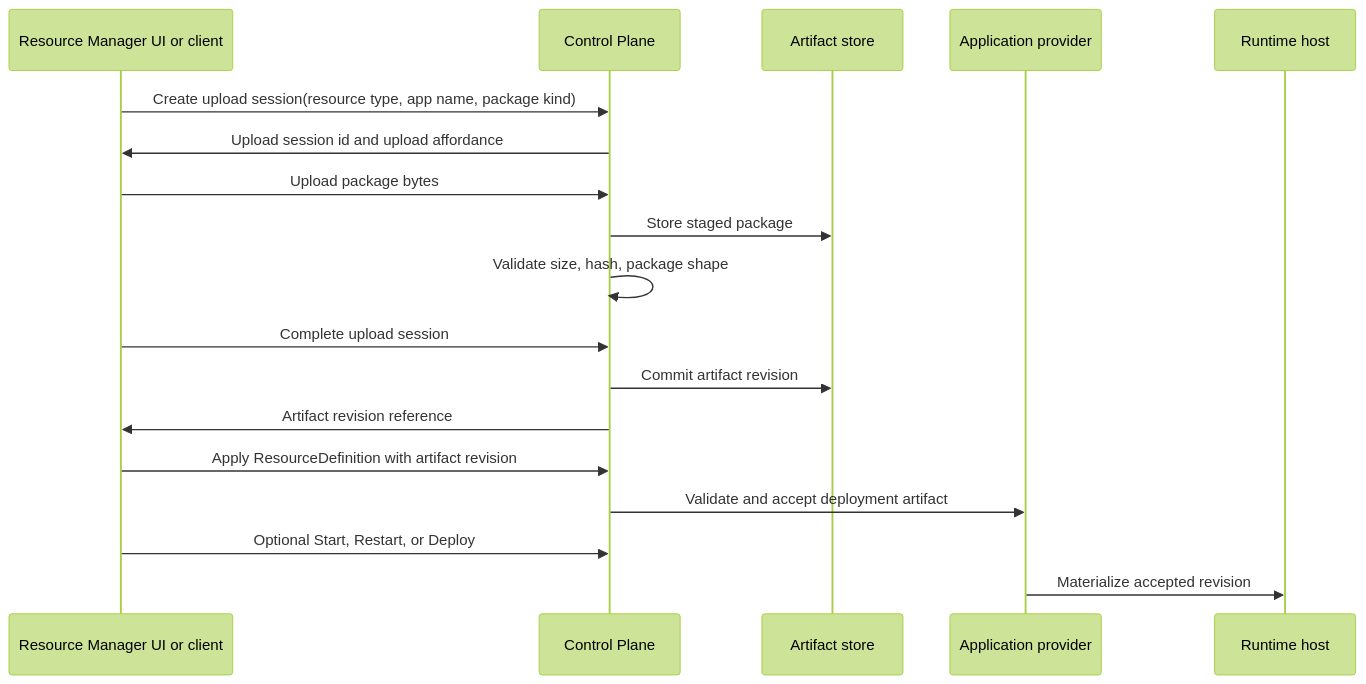
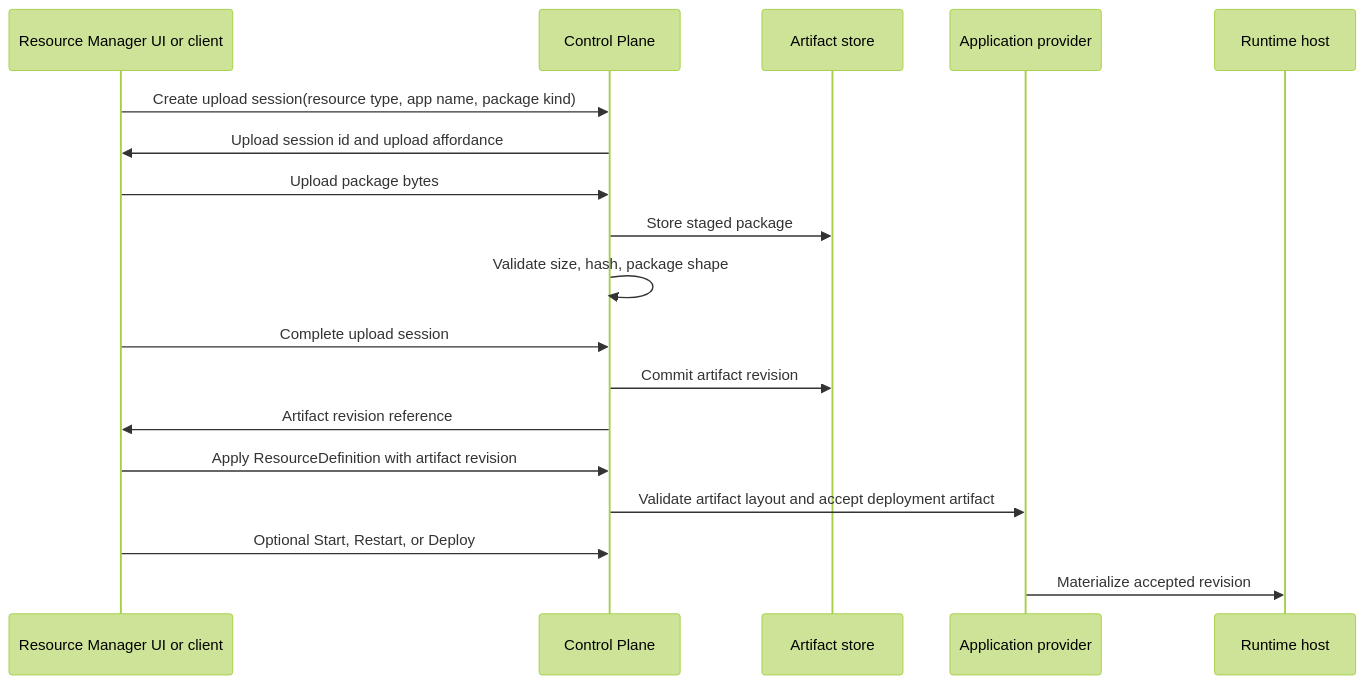
The diagram in docs/proposals/core/deployment-artifacts.md (marinasundstrom/CloudShell), drawn with Mermaid (forest theme) before and after one commit. The commit also changed other lines of this file and 5 other files, not shown here.

Commit message:
Add deployment artifact validation hook

````diff
--- a/docs/proposals/core/deployment-artifacts.md
+++ b/docs/proposals/core/deployment-artifacts.md
@@ -239,21 +269,21 @@
 ```mermaid
 sequenceDiagram
     participant UI as Resource Manager UI or client
     participant CP as Control Plane
     participant Store as Artifact store
     participant Provider as Application provider
     participant Runtime as Runtime host
 
     UI->>CP: Create upload session(resource type, app name, package kind)
     CP->>UI: Upload session id and upload affordance
     UI->>CP: Upload package bytes
     CP->>Store: Store staged package
     CP->>CP: Validate size, hash, package shape
     UI->>CP: Complete upload session
     CP->>Store: Commit artifact revision
     CP->>UI: Artifact revision reference
     UI->>CP: Apply ResourceDefinition with artifact revision
-    CP->>Provider: Validate and accept deployment artifact
+    CP->>Provider: Validate artifact layout and accept deployment artifact
     UI->>CP: Optional Start, Restart, or Deploy
     Provider->>Runtime: Materialize accepted revision
 ```
````
